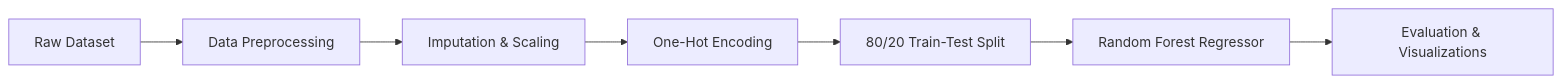
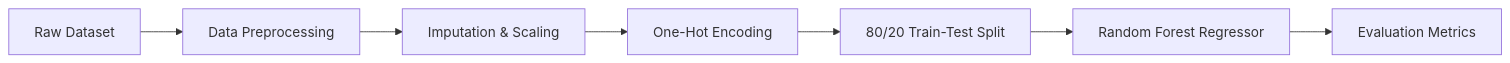
The diagram in README.md (TarasZinchenko/Real-Estate-Assignment), drawn with Mermaid before and after one commit. The commit also changed other lines of this file, not shown here.

````diff
--- a/README.md
+++ b/README.md
@@ -59,9 +58,9 @@
 ```mermaid
 flowchart LR
     Raw[Raw Dataset] --> Prep[Data Preprocessing]
     Prep --> Imp[Imputation & Scaling]
     Imp --> OHE[One-Hot Encoding]
     OHE --> Split[80/20 Train-Test Split]
     Split --> Model[Random Forest Regressor]
-    Model --> Eval[Evaluation & Visualizations]
+    Model --> Eval[Evaluation Metrics]
 ```
````
